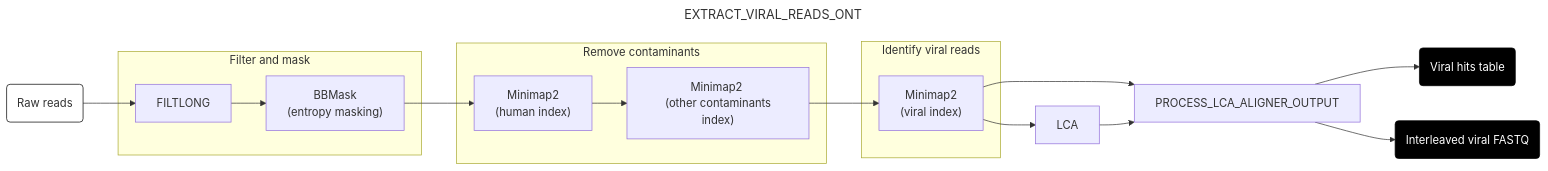
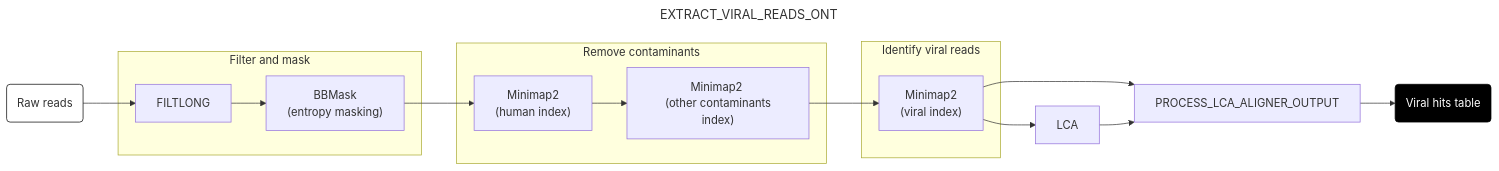
The seventh of 9 diagrams in docs/run.md (securebio/nao-mgs-workflow), drawn with Mermaid before and after one commit. The commit also changed other lines of this file and 2 other files, not shown here.

````diff
--- a/docs/run.md
+++ b/docs/run.md
@@ -244,33 +242,31 @@
 ```mermaid
 ---
 title: EXTRACT_VIRAL_READS_ONT
 config:
   layout: horizontal
 ---
 flowchart LR
 A(Raw reads) --> B[FILTLONG]
 B --> C["BBMask <br> (entropy masking)"]
 C --> D["Minimap2 <br> (human index)"]
 D --> E["Minimap2 <br> (other contaminants index)"]
 E --> F["Minimap2 <br> (viral index)"]
 F --> G[LCA]
 F --> H
 G --> H[PROCESS_LCA_ALIGNER_OUTPUT]
 H --> I(Viral hits table)
-H --> J(Interleaved viral FASTQ)
 
 subgraph "Filter and mask"
 B
 C
 end
 subgraph "Remove contaminants"
 D
 E
 end
 subgraph "Identify viral reads"
 F
 end
 style A fill:#fff,stroke:#000
 style I fill:#000,color:#fff,stroke:#000
-style J fill:#000,color:#fff,stroke:#000
 ```
````
